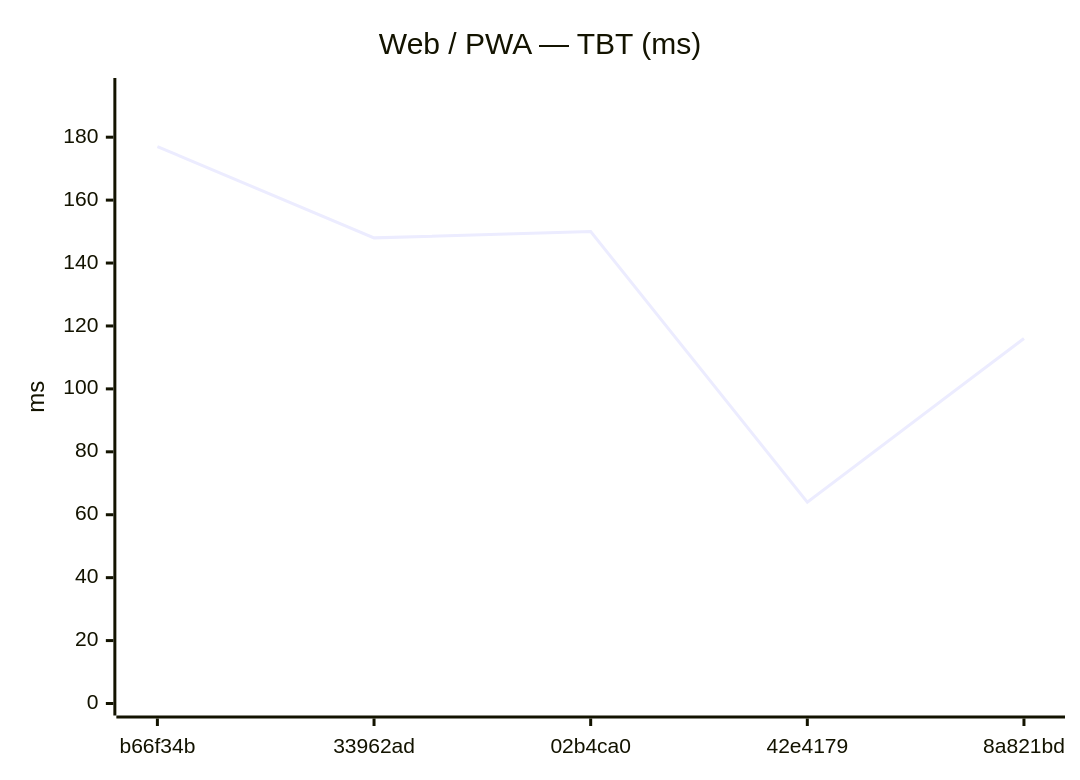
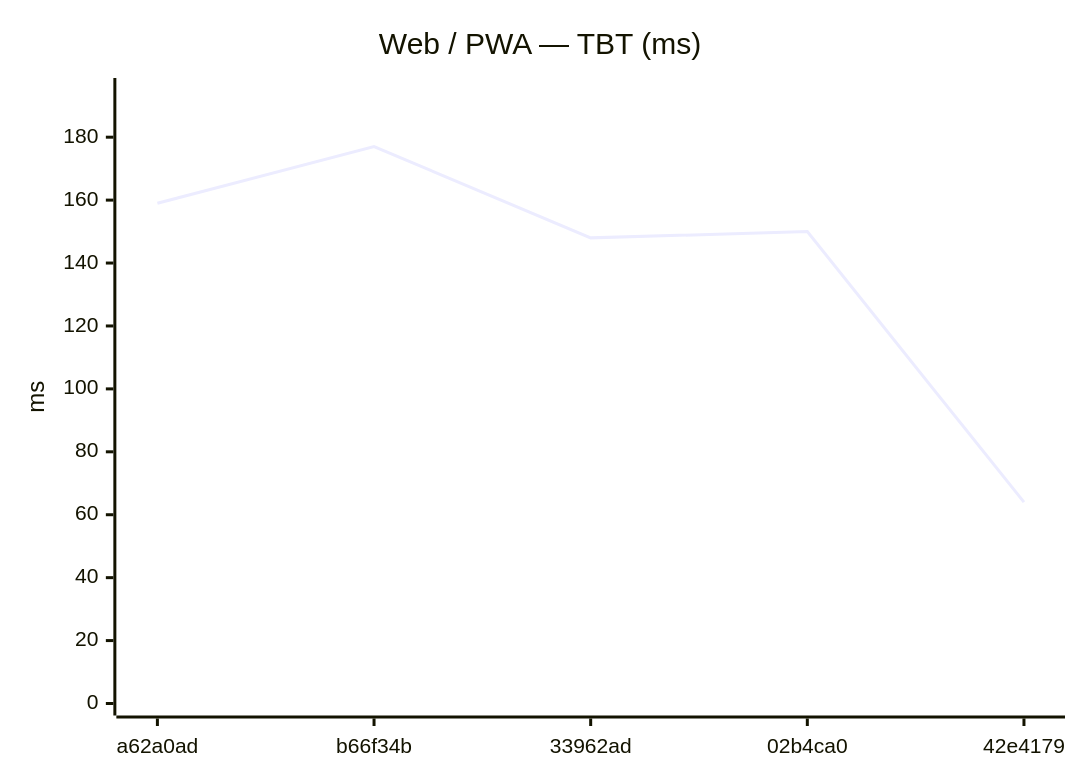
The eighth of 18 diagrams in benchmarks/compare.md (Metaheurist/Rianell), drawn with Mermaid before and after one commit. The commit also changed other lines of this file and 11 other files, not shown here.

````diff
--- a/benchmarks/compare.md
+++ b/benchmarks/compare.md
@@ -124,7 +124,7 @@
 ```mermaid
 xychart-beta
     title "Web / PWA — TBT (ms)"
-    x-axis ["b66f34b", "33962ad", "02b4ca0", "42e4179", "8a821bd"]
+    x-axis ["a62a0ad", "b66f34b", "33962ad", "02b4ca0", "42e4179"]
     y-axis "ms" 0 --> 195
-    line [177, 148, 150, 64, 116]
+    line [159, 177, 148, 150, 64]
 ```
````
